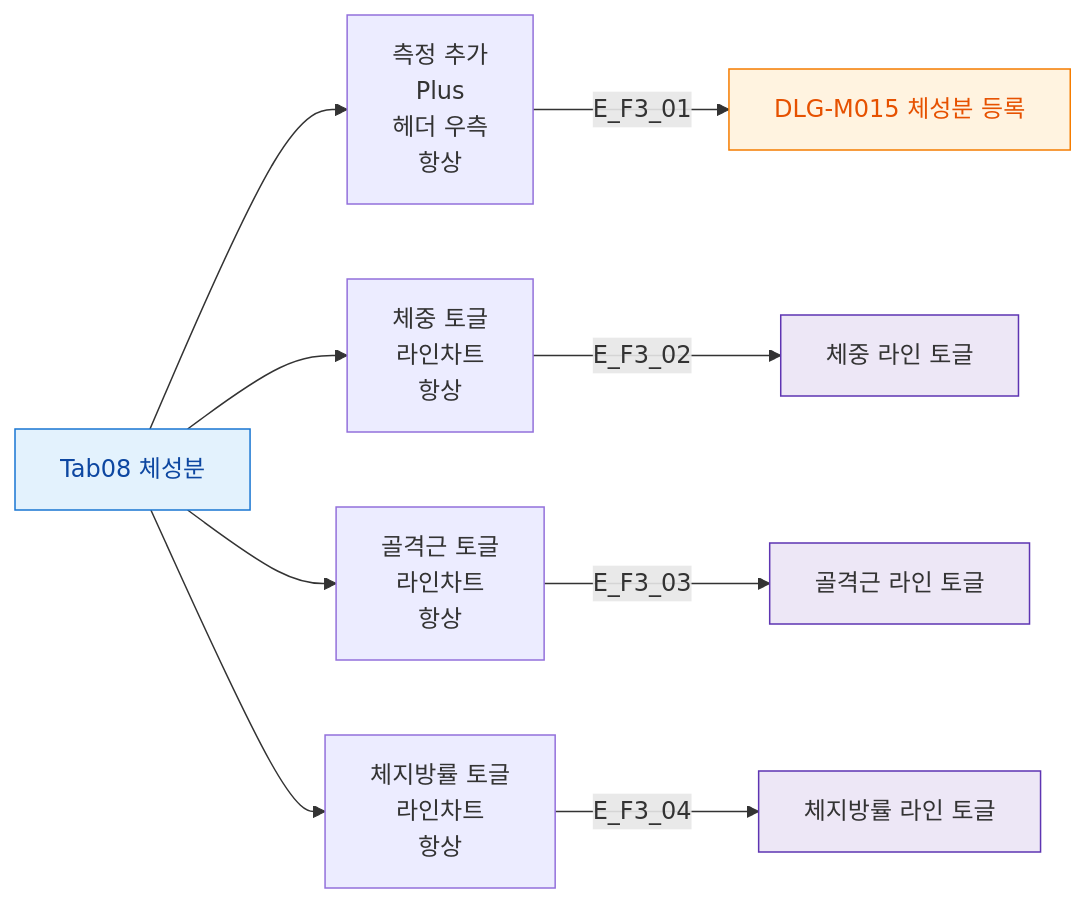
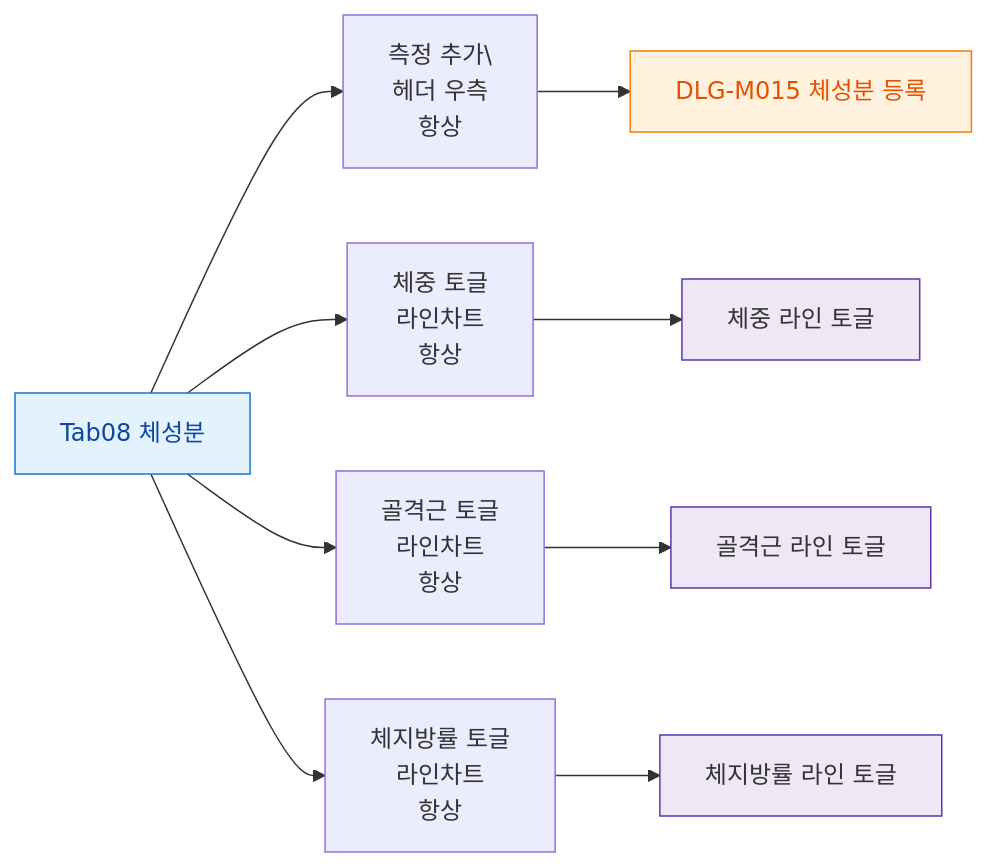
Before and after one commit to dev-spogym/admin-pando: the diagram in docs/다이어그램/D02_회원관리/SCR-M004_회원상세/Tab08_체성분/F3_버튼액션.md, drawn with Mermaid. The commit also changed other lines of this file and 1660 other files, not shown here.

First line of the commit message:
다이어그램: 기획자/클라이언트 납품본으로 정리

````diff
--- a/docs/다이어그램/D02_회원관리/SCR-M004_회원상세/Tab08_체성분/F3_버튼액션.md
+++ b/docs/다이어그램/D02_회원관리/SCR-M004_회원상세/Tab08_체성분/F3_버튼액션.md
@@ -22,19 +20,19 @@
 ```mermaid
 flowchart LR
-  TAB[Tab08 체성분] --> B1[측정 추가\nPlus\n헤더 우측\n항상]
+  TAB[Tab08 체성분] --> B1[측정 추가\\n헤더 우측\n항상]
   TAB --> B2[체중 토글\n라인차트\n항상]
   TAB --> B3[골격근 토글\n라인차트\n항상]
   TAB --> B4[체지방률 토글\n라인차트\n항상]
 
-  B1 -->|E_F3_01| DLG_M015[DLG-M015 체성분 등록]
-  B2 -->|E_F3_02| T_WEIGHT[체중 라인 토글]
-  B3 -->|E_F3_03| T_MUSCLE[골격근 라인 토글]
-  B4 -->|E_F3_04| T_FAT[체지방률 라인 토글]
+  B1 --> DLG_M015[DLG-M015 체성분 등록]
+  B2 --> T_WEIGHT[체중 라인 토글]
+  B3 --> T_MUSCLE[골격근 라인 토글]
+  B4 --> T_FAT[체지방률 라인 토글]
 
   classDef screen fill:#E3F2FD,stroke:#1976D2,color:#0D47A1
   classDef modal fill:#FFF3E0,stroke:#F57C00,color:#E65100
   classDef system fill:#EDE7F6,stroke:#5E35B2
   class TAB screen
   class DLG_M015 modal
   class T_WEIGHT,T_MUSCLE,T_FAT system
 ```
````
